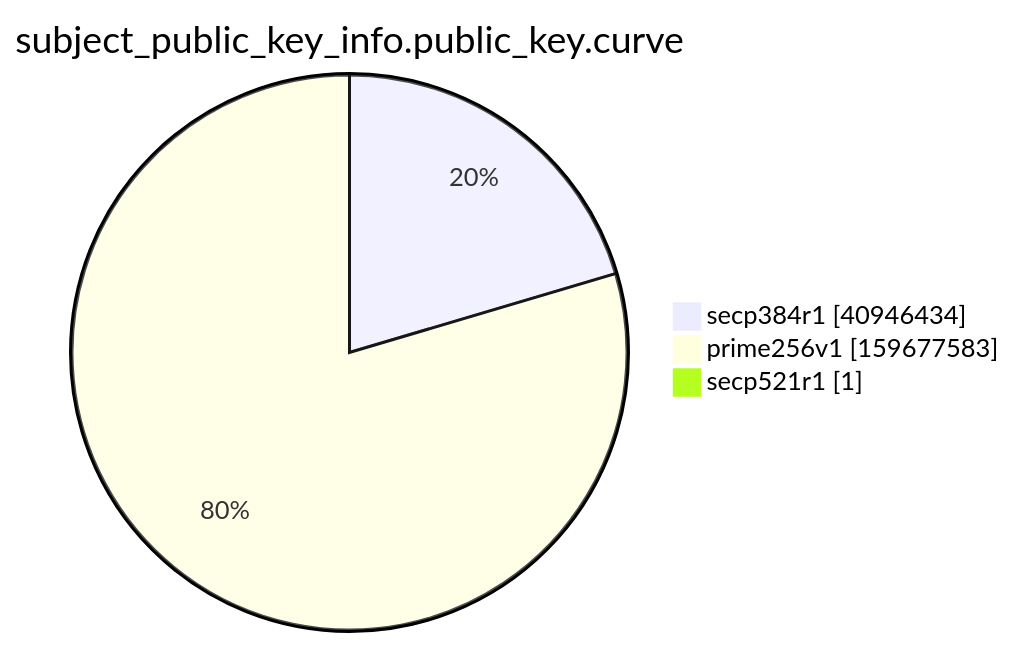
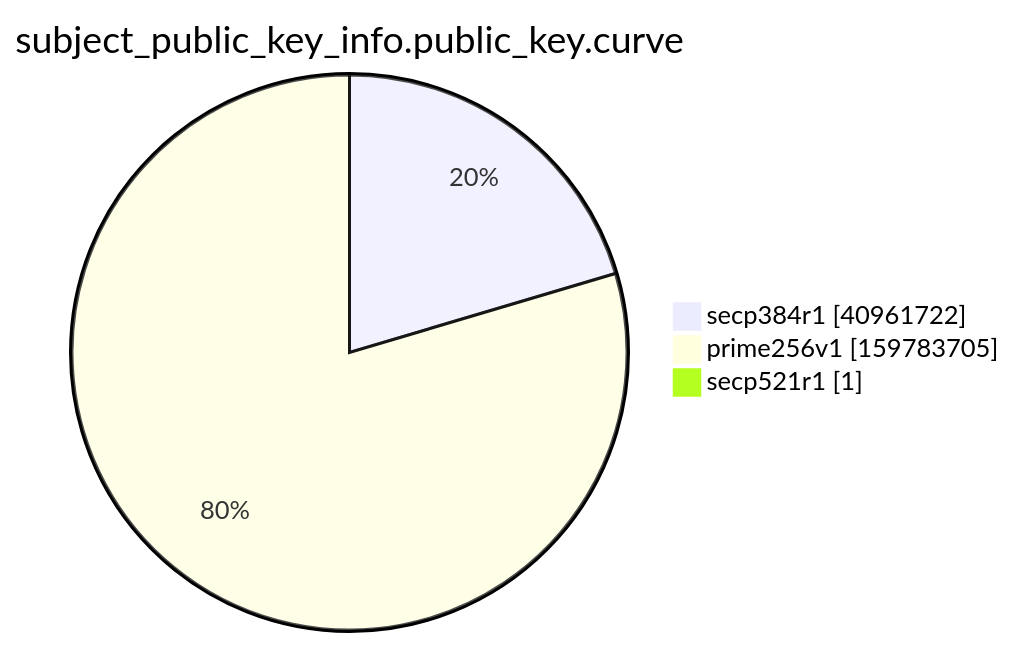
One commit to christiankrug/ctmonitor_visualization changed the ninth of 15 diagrams in xenon2022/README.md. Above: the diagram before and after it, drawn with Mermaid. The commit also changed other lines of this file, not shown here.

````diff
--- a/xenon2022/README.md
+++ b/xenon2022/README.md
@@ -2867,7 +2868,7 @@
 ```mermaid
 pie showData
 title subject_public_key_info.public_key.curve
-"secp384r1" :40946434
-"prime256v1" :159677583
+"secp384r1" :40961722
+"prime256v1" :159783705
 "secp521r1" :1
 ```
````
